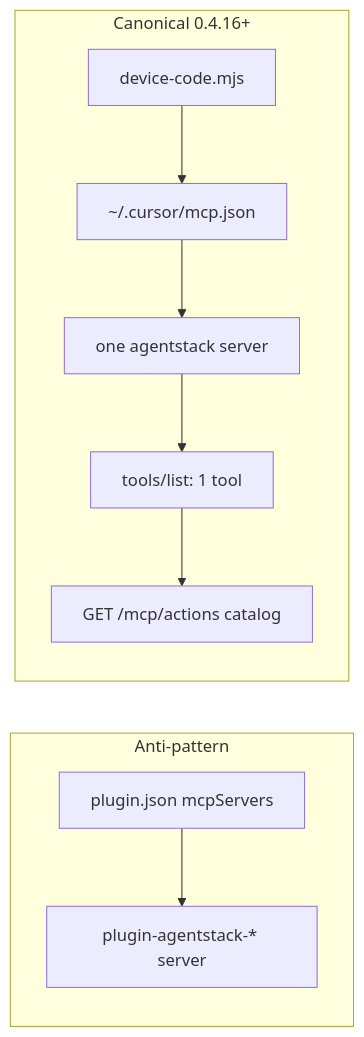
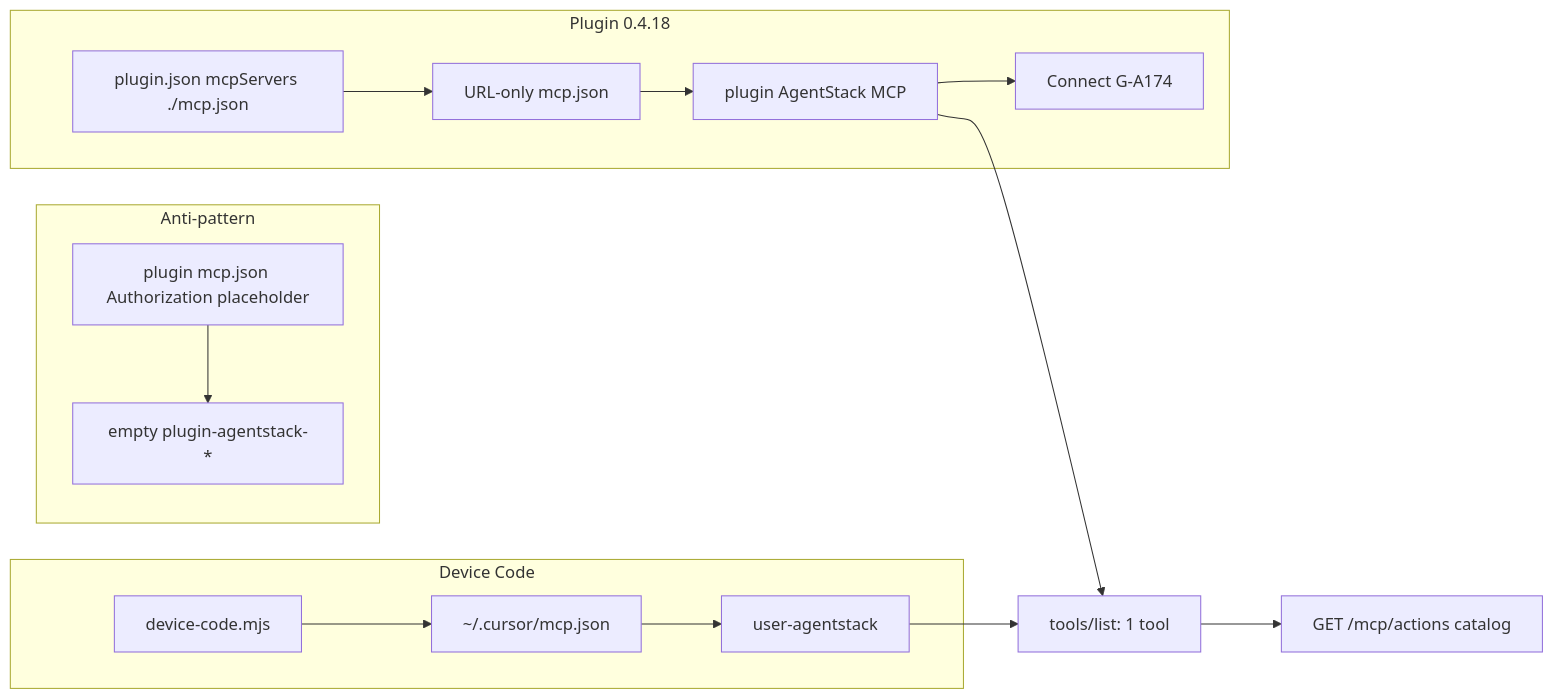
The second of 2 diagrams in FLOW.md (agentstacktech/cursor-plugin), drawn with Mermaid before and after one commit. The commit also changed other lines of this file and 27 other files, not shown here.

First line of the commit message:
fix(cursor-plugin): ship URL-only MCP so it appears in the plugin panel

````diff
--- a/FLOW.md
+++ b/FLOW.md
@@ -80,14 +80,21 @@
 ```mermaid
 flowchart LR
   subgraph forbidden [Anti-pattern]
-    PJ[plugin.json mcpServers]
-    PJ --> CS1[plugin-agentstack-* server]
+    PH["plugin mcp.json Authorization placeholder"]
+    PH --> CS1[empty plugin-agentstack-*]
   end
-  subgraph canonical [Canonical 0.4.16+]
+  subgraph pluginPlane [Plugin 0.4.18]
+    PJ["plugin.json mcpServers ./mcp.json"]
+    PJ --> MCPF[URL-only mcp.json]
+    MCPF --> CS3[plugin AgentStack MCP]
+    CS3 --> CON[Connect G-A174]
+  end
+  subgraph userPlane [Device Code]
     DC[device-code.mjs]
     DC --> UM[~/.cursor/mcp.json]
-    UM --> CS2[one agentstack server]
-    CS2 --> TL[tools/list: 1 tool]
-    TL --> AC[GET /mcp/actions catalog]
+    UM --> CS2[user-agentstack]
   end
+  CS3 --> TL[tools/list: 1 tool]
+  CS2 --> TL
+  TL --> AC[GET /mcp/actions catalog]
 ```
````
